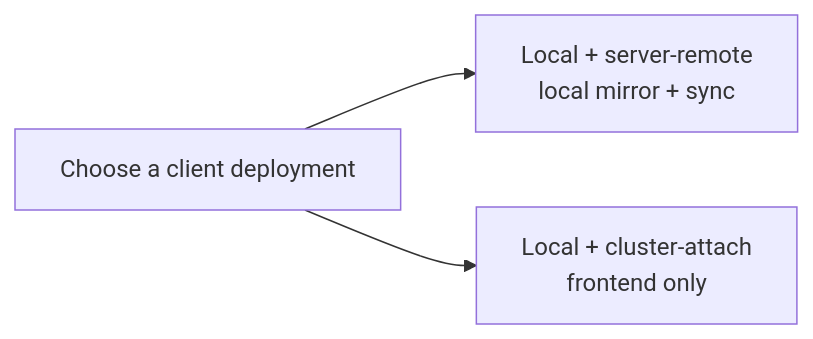
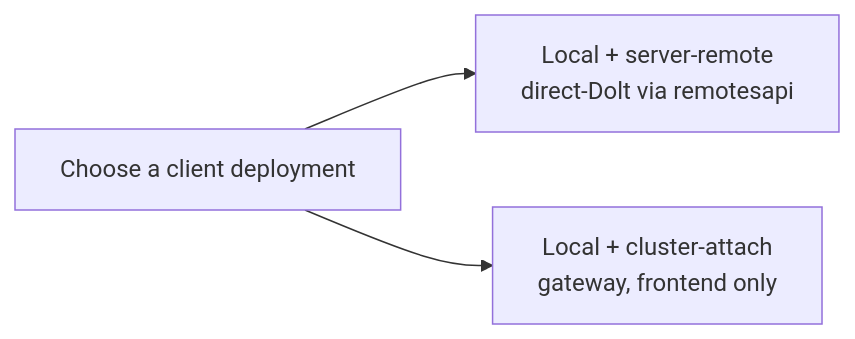
One commit to awell-health/spire changed the second of 5 diagrams in docs/deployment-modes.md. Above: the diagram before and after it, drawn with Mermaid. The commit also changed other lines of this file and 2 other files, not shown here.

````diff
--- a/docs/deployment-modes.md
+++ b/docs/deployment-modes.md
@@ -32,6 +41,6 @@
 ```mermaid
 flowchart LR
     choose[Choose a client deployment]
-    choose --> direct[Local + server-remote<br/>local mirror + sync]
-    choose --> gateway[Local + cluster-attach<br/>frontend only]
+    choose --> direct[Local + server-remote<br/>direct-Dolt via remotesapi]
+    choose --> gateway[Local + cluster-attach<br/>gateway, frontend only]
 ```
````
